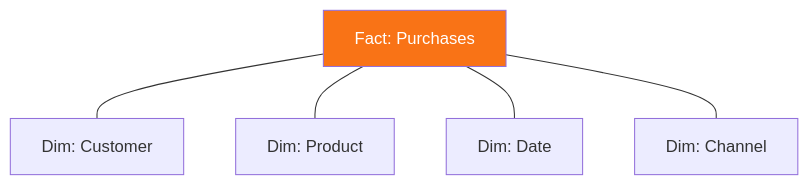
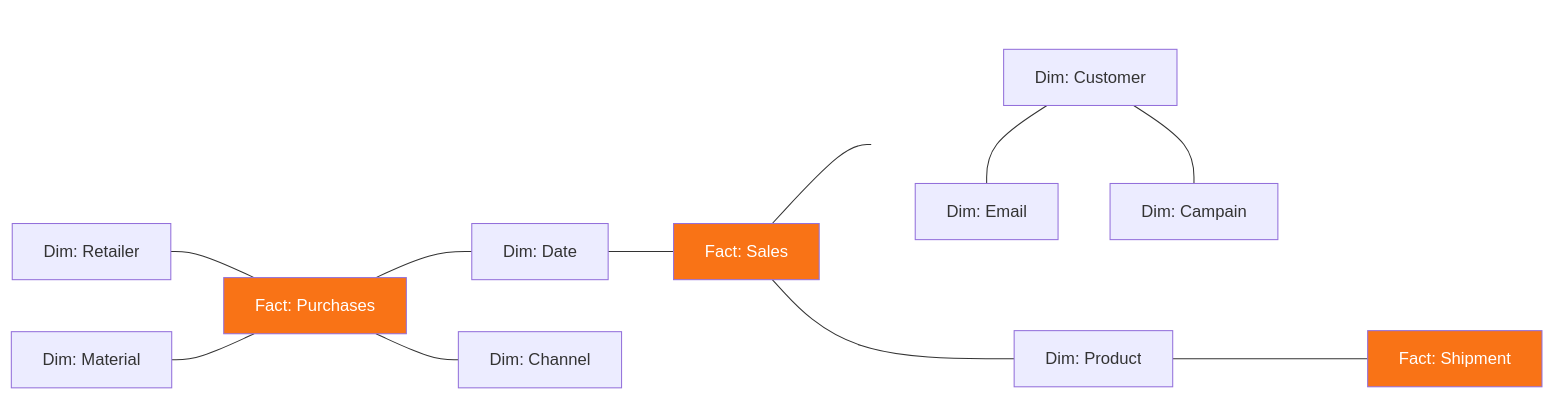
One commit to ninoCan/talk-operation-data-engineer changed the second of 3 diagrams in slides/section-c-modeling.md. Above: the diagram before and after it, drawn with Mermaid. The commit also changed other lines of this file, not shown here.

Commit message:
Modify star schema diagram

````diff
--- a/slides/section-c-modeling.md
+++ b/slides/section-c-modeling.md
@@ -78,8 +80,20 @@
 ```mermaid
-graph TD
-    F[Fact: Purchases] --- D1[Dim: Customer]
-    F --- D2[Dim: Product]
+graph LR
+    D1[Dim: Retailer] --- F[Fact: Purchases]
+    D2[Dim: Material] --- F
     F --- D3[Dim: Date]
     F --- D4[Dim: Channel]
+    D3 --- S[Fact: Sales]
+    S --- P[Dim: Product]
+    S --- C[Dim: Customer]
+    subgraph sg[ ]
+        direction TB
+        C --- E[Dim: Email]
+        C --- D[Dim: Campain]
+    end
+    P --- A[Fact: Shipment]
     style F fill:#f97316,color:#fff
+    style S fill:#f97316,color:#fff
+    style A fill:#f97316,color:#fff
+    style sg fill:none,stroke:none
 ```
````
